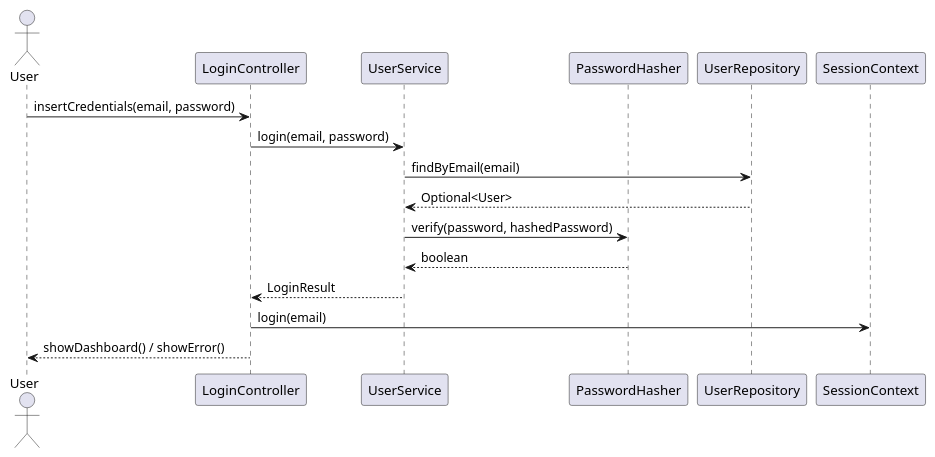
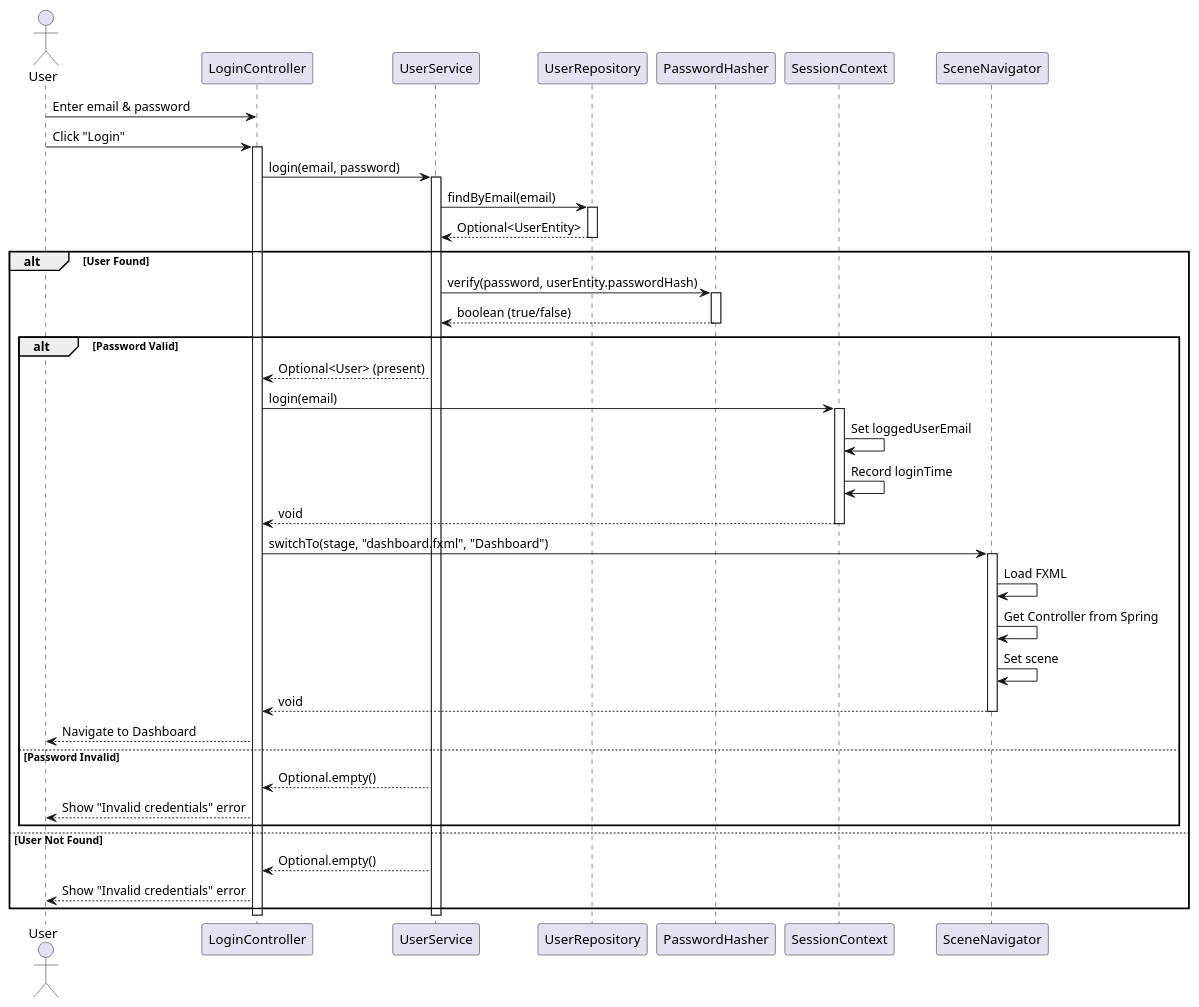
The third of 9 diagrams in README.md (DaniaCiampalini/SafeCoreProject), drawn with PlantUML before and after one commit. The commit also changed other lines of this file and 1 other file, not shown here.

````diff
--- a/README.md
+++ b/README.md
@@ -271,20 +1478,59 @@
 ```plantuml
 @startuml
 actor User
-participant LoginController
-participant UserService
-participant PasswordHasher
-participant UserRepository
-participant SessionContext
+participant "LoginController" as LC
+participant "UserService" as US
+participant "UserRepository" as UR
+participant "PasswordHasher" as PH
+participant "SessionContext" as SC
+participant "SceneNavigator" as SN
 
-User -> LoginController: insertCredentials(email, password)
-LoginController -> UserService: login(email, password)
-UserService -> UserRepository: findByEmail(email)
-UserRepository --> UserService: Optional<User>
-UserService -> PasswordHasher: verify(password, hashedPassword)
-PasswordHasher --> UserService: boolean
-UserService --> LoginController: LoginResult
-LoginController -> SessionContext: login(email)
-LoginController --> User: showDashboard() / showError()
+User -> LC: Enter email & password
+User -> LC: Click "Login"
+activate LC
+
+LC -> US: login(email, password)
+activate US
+
+US -> UR: findByEmail(email)
+activate UR
+UR --> US: Optional<UserEntity>
+deactivate UR
+
+alt User Found
+  US -> PH: verify(password, userEntity.passwordHash)
+  activate PH
+  PH --> US: boolean (true/false)
+  deactivate PH
+
+  alt Password Valid
+    US --> LC: Optional<User> (present)
+    LC -> SC: login(email)
+    activate SC
+    SC -> SC: Set loggedUserEmail
+    SC -> SC: Record loginTime
+    SC --> LC: void
+    deactivate SC
+
+    LC -> SN: switchTo(stage, "dashboard.fxml", "Dashboard")
+    activate SN
+    SN -> SN: Load FXML
+    SN -> SN: Get Controller from Spring
+    SN -> SN: Set scene
+    SN --> LC: void
+    deactivate SN
+
+    LC --> User: Navigate to Dashboard
+  else Password Invalid
+    US --> LC: Optional.empty()
+    LC --> User: Show "Invalid credentials" error
+  end
+else User Not Found
+  US --> LC: Optional.empty()
+  LC --> User: Show "Invalid credentials" error
+end
+
+deactivate US
+deactivate LC
 @enduml
 ```
````
